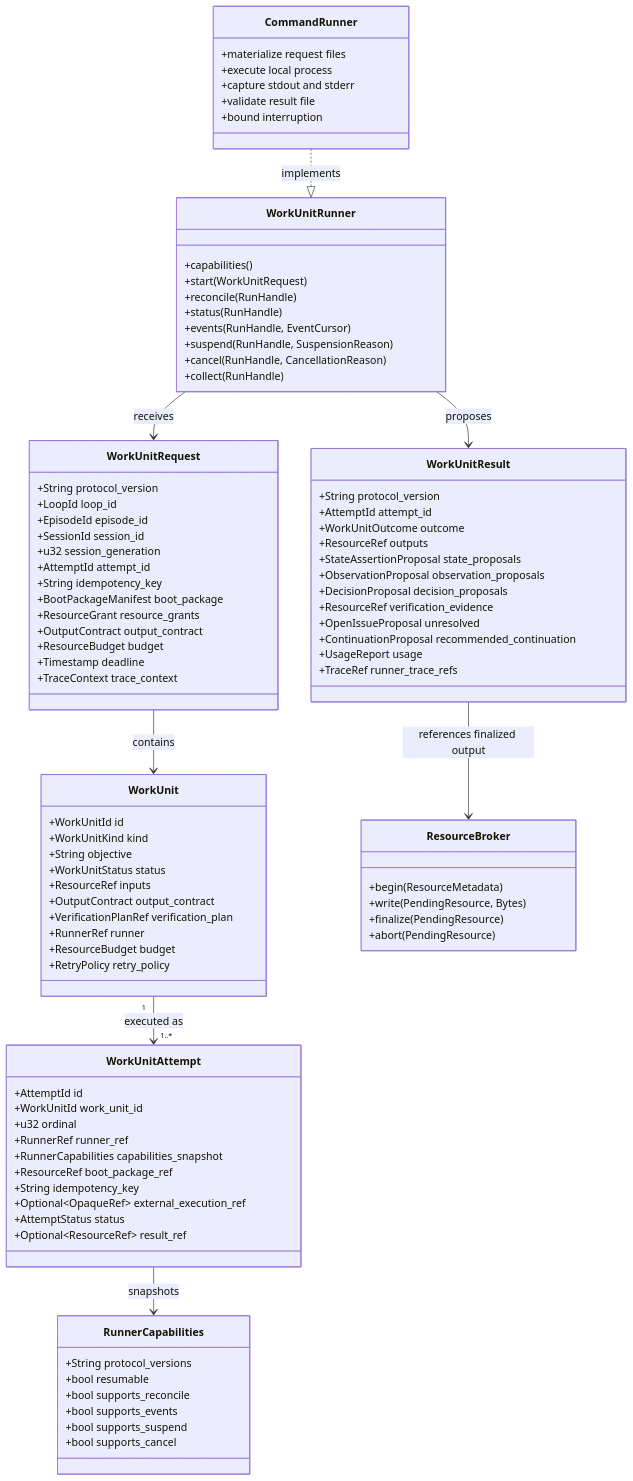
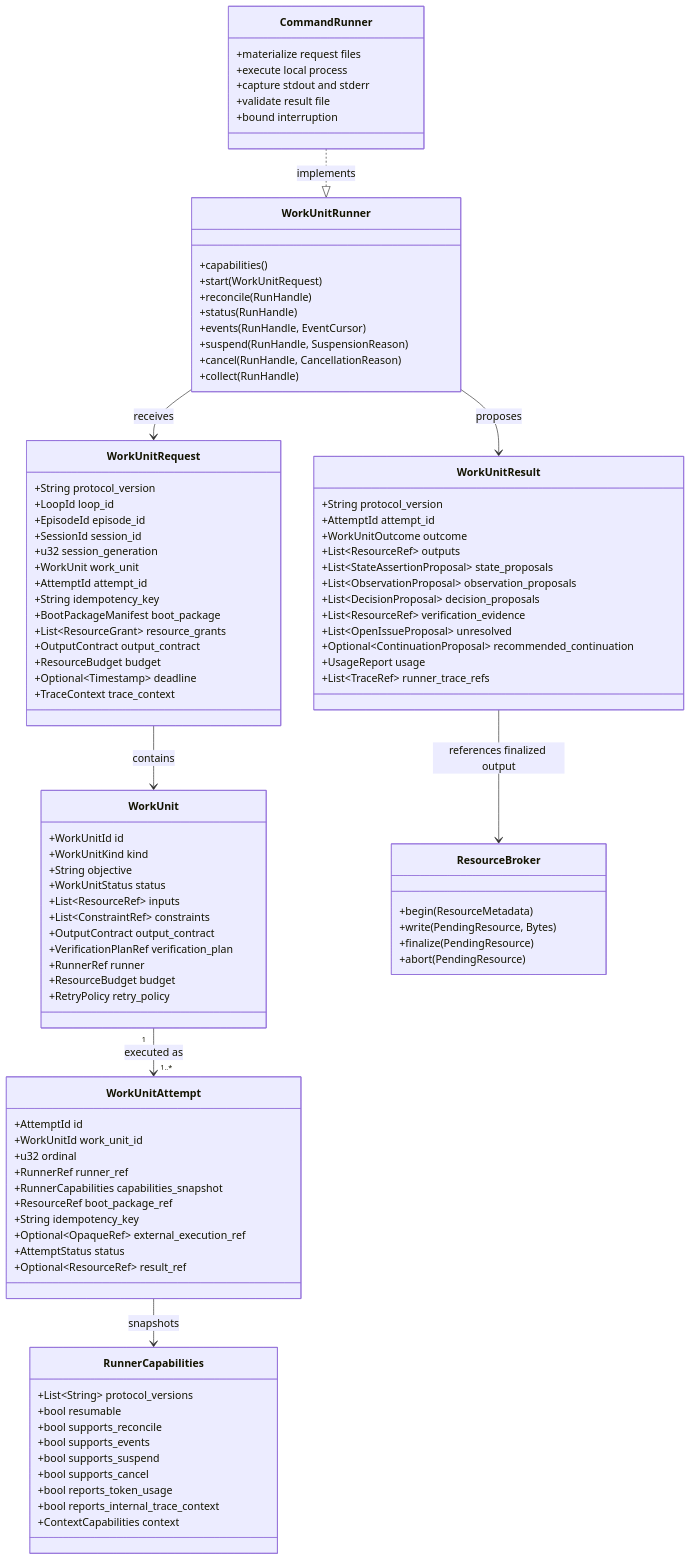
Before and after one commit to sirius-zuo/loopward: the diagram in wiki/work-unit-execution.md, drawn with Mermaid. The commit also changed other lines of this file, not shown here.

Commit message:
docs: fix work unit wiki review findings

```diff
--- a/wiki/work-unit-execution.md
+++ b/wiki/work-unit-execution.md
@@ -21,7 +23,8 @@
         +WorkUnitKind kind
         +String objective
         +WorkUnitStatus status
-        +ResourceRef inputs
+        +List~ResourceRef~ inputs
+        +List~ConstraintRef~ constraints
         +OutputContract output_contract
         +VerificationPlanRef verification_plan
         +RunnerRef runner
@@ -56,36 +59,40 @@
         +EpisodeId episode_id
         +SessionId session_id
         +u32 session_generation
+        +WorkUnit work_unit
         +AttemptId attempt_id
         +String idempotency_key
         +BootPackageManifest boot_package
-        +ResourceGrant resource_grants
+        +List~ResourceGrant~ resource_grants
         +OutputContract output_contract
         +ResourceBudget budget
-        +Timestamp deadline
+        +Optional~Timestamp~ deadline
         +TraceContext trace_context
     }
     class WorkUnitResult {
         +String protocol_version
         +AttemptId attempt_id
         +WorkUnitOutcome outcome
-        +ResourceRef outputs
-        +StateAssertionProposal state_proposals
-        +ObservationProposal observation_proposals
-        +DecisionProposal decision_proposals
-        +ResourceRef verification_evidence
-        +OpenIssueProposal unresolved
-        +ContinuationProposal recommended_continuation
+        +List~ResourceRef~ outputs
+        +List~StateAssertionProposal~ state_proposals
+        +List~ObservationProposal~ observation_proposals
+        +List~DecisionProposal~ decision_proposals
+        +List~ResourceRef~ verification_evidence
+        +List~OpenIssueProposal~ unresolved
+        +Optional~ContinuationProposal~ recommended_continuation
         +UsageReport usage
-        +TraceRef runner_trace_refs
+        +List~TraceRef~ runner_trace_refs
     }
     class RunnerCapabilities {
-        +String protocol_versions
+        +List~String~ protocol_versions
         +bool resumable
         +bool supports_reconcile
         +bool supports_events
         +bool supports_suspend
         +bool supports_cancel
+        +bool reports_token_usage
+        +bool reports_internal_trace_context
+        +ContextCapabilities context
     }
     class ResourceBroker {
         +begin(ResourceMetadata)
```
